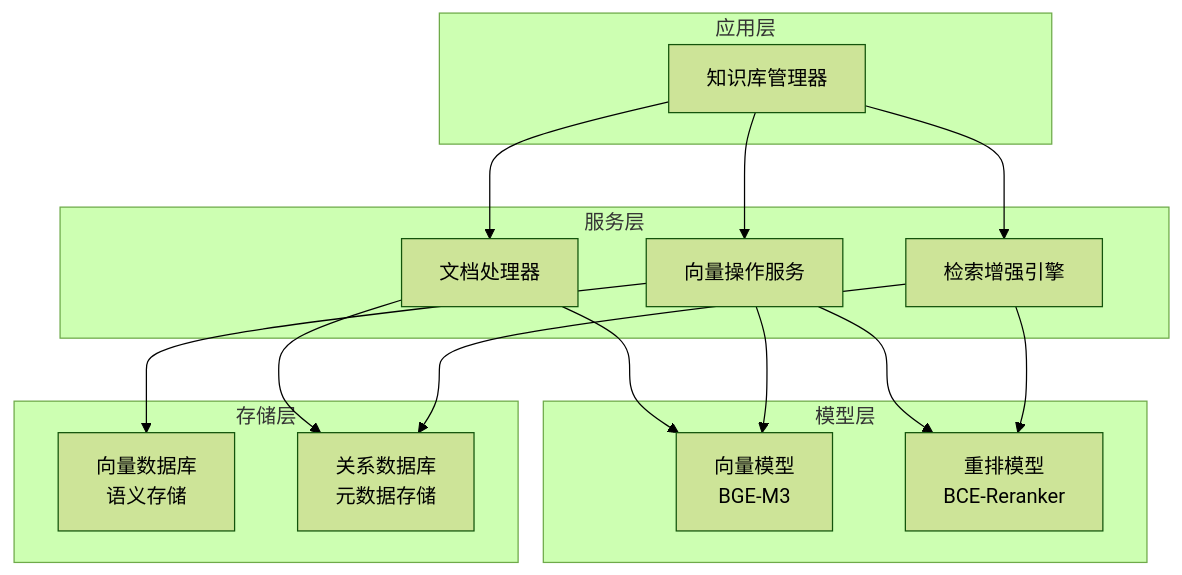
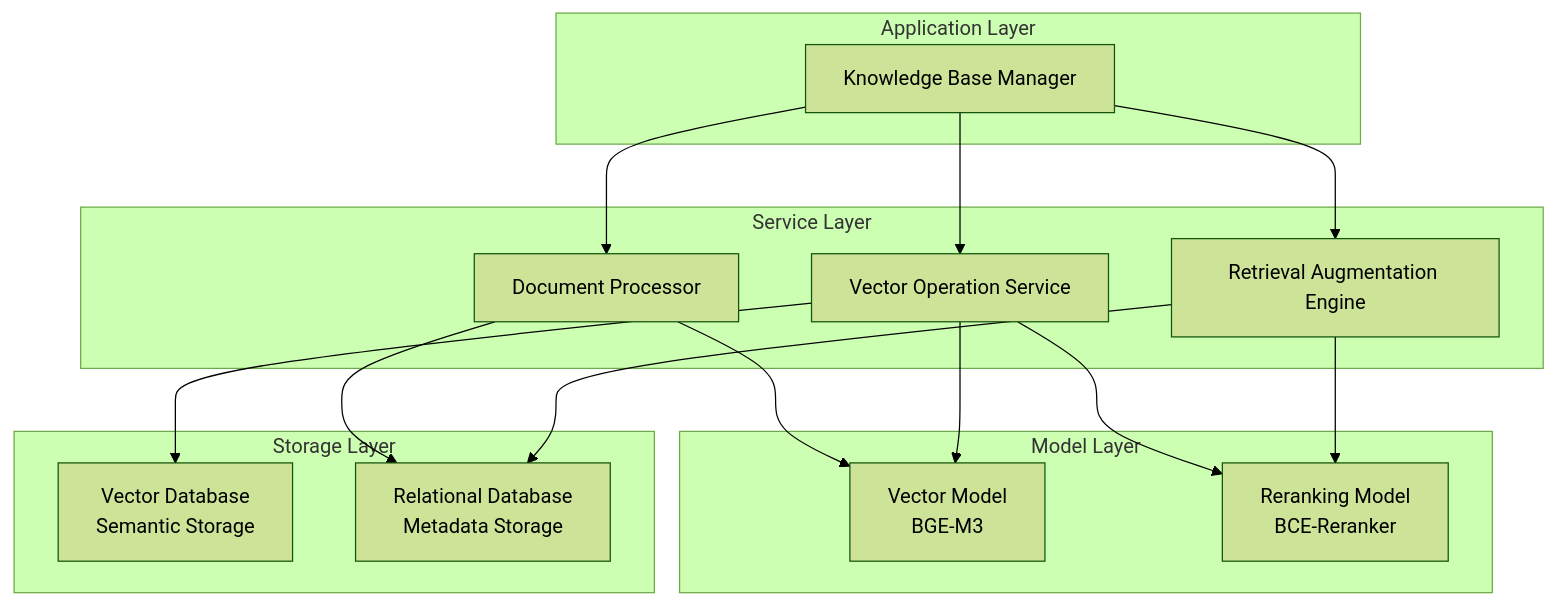
Before and after one commit to jitai-team/jitai-docs: the first of 3 diagrams in docs/devguide/knowledge-base/create-knowledge-elements.md, drawn with Mermaid (forest theme). The commit also changed other lines of this file and 92 other files, not shown here.

````diff
--- a/docs/devguide/knowledge-base/create-knowledge-elements.md
+++ b/docs/devguide/knowledge-base/create-knowledge-elements.md
@@ -46,33 +46,33 @@
 ```mermaid
 graph TB
-    subgraph "应用层"
-        A[知识库管理器]
+    subgraph "Application Layer"
+        A[Knowledge Base Manager]
     end
     
-    subgraph "服务层"
-        B[文档处理器]
-        C[向量操作服务]
-        D[检索增强引擎]
+    subgraph "Service Layer"
+        B[Document Processor]
+        C[Vector Operation Service]
+        D[Retrieval Augmentation Engine]
     end
     
-    subgraph "模型层"
-        E[向量模型<br/>BGE-M3]
-        F[重排模型<br/>BCE-Reranker]
+    subgraph "Model Layer"
+        E[Vector Model<br/>BGE-M3]
+        F[Reranking Model<br/>BCE-Reranker]
     end
     
-    subgraph "存储层"
-        G[向量数据库<br/>语义存储]
-        H[关系数据库<br/>元数据存储]
+    subgraph "Storage Layer"
+        G[Vector Database<br/>Semantic Storage]
+        H[Relational Database<br/>Metadata Storage]
     end
     
     A --> B
     A --> C
     A --> D
     B --> E
     C --> E
     C --> F
     D --> F
     C --> G
     B --> H
     D --> H
 ```
````
